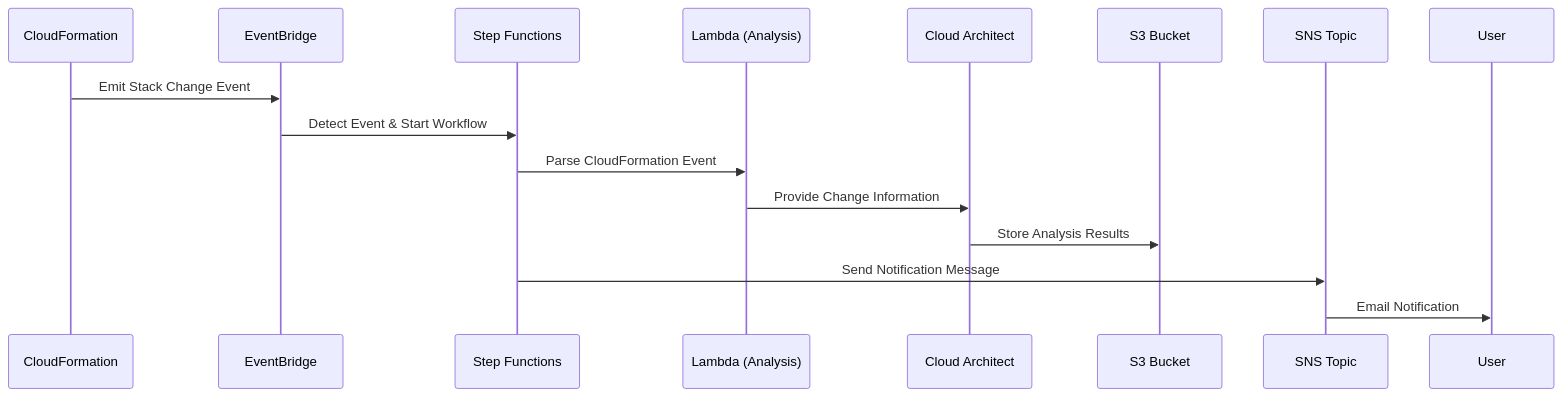
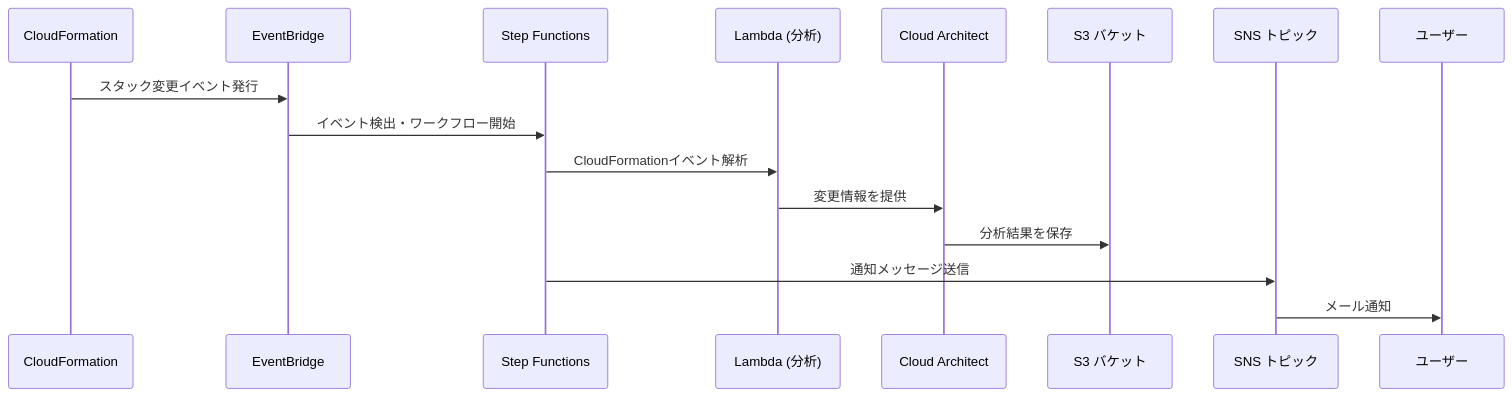
One commit to aws-samples/multi-agent-samples-jp changed the eighth of 10 diagrams in README.md. Above: the diagram before and after it, drawn with Mermaid. The commit also changed other lines of this file and 2 other files, not shown here.

````diff
--- a/README.md
+++ b/README.md
@@ -277,19 +275,19 @@
 ```mermaid
 sequenceDiagram
     participant CF as CloudFormation
     participant EB as EventBridge
     participant SM as Step Functions
-    participant LA as Lambda (Analysis)
+    participant LA as Lambda (分析)
     participant CA as Cloud Architect
-    participant S3 as S3 Bucket
-    participant SNS as SNS Topic
-    participant User as User
+    participant S3 as S3 バケット
+    participant SNS as SNS トピック
+    participant User as ユーザー
     
-    CF->>EB: Emit Stack Change Event
-    EB->>SM: Detect Event & Start Workflow
-    SM->>LA: Parse CloudFormation Event
-    LA->>CA: Provide Change Information
-    CA->>S3: Store Analysis Results
-    SM->>SNS: Send Notification Message
-    SNS->>User: Email Notification
+    CF->>EB: スタック変更イベント発行
+    EB->>SM: イベント検出・ワークフロー開始
+    SM->>LA: CloudFormationイベント解析
+    LA->>CA: 変更情報を提供
+    CA->>S3: 分析結果を保存
+    SM->>SNS: 通知メッセージ送信
+    SNS->>User: メール通知
 ```
````
